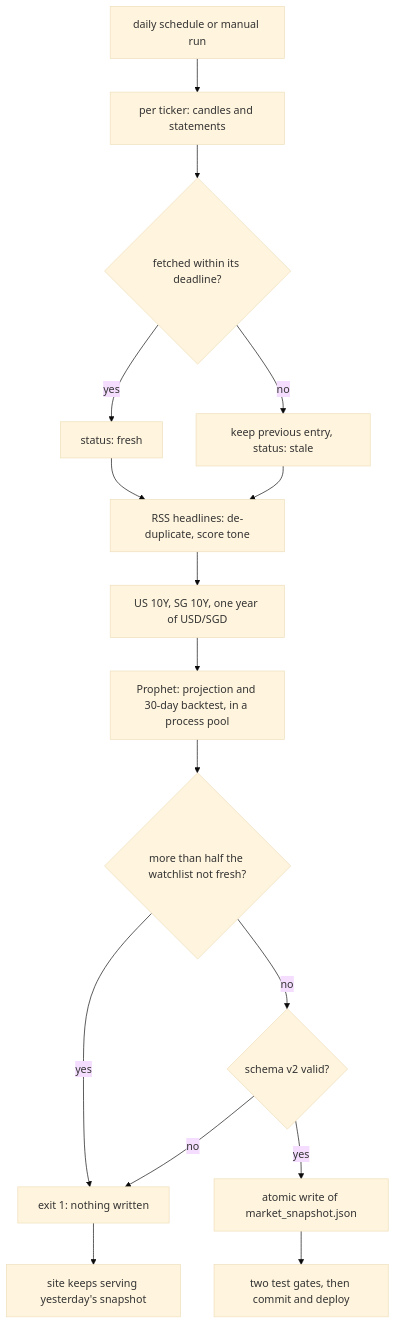
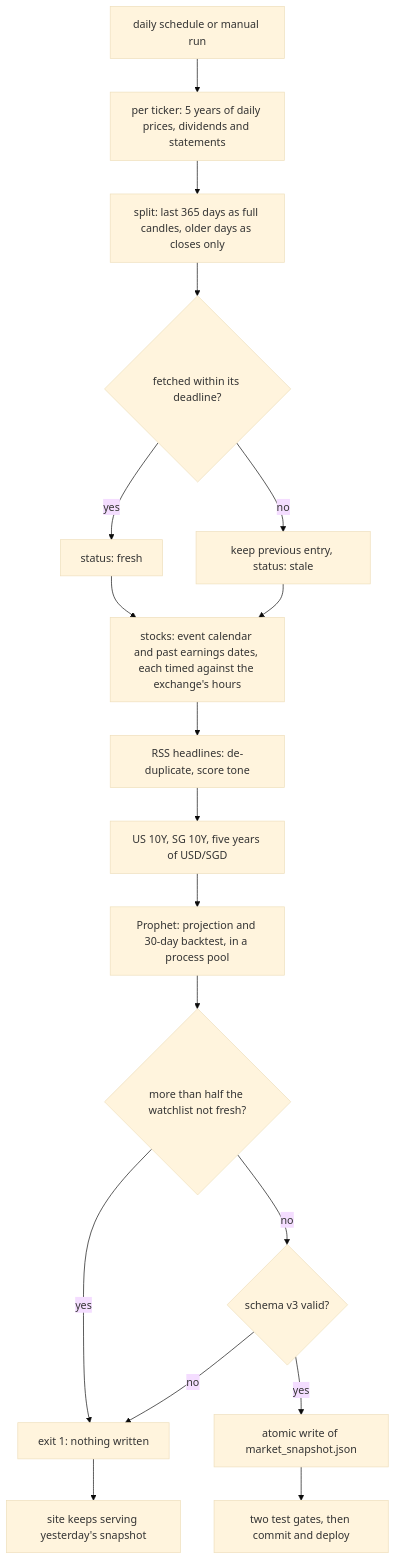
The third of 5 diagrams in README.md (myc208/quantlens), drawn with Mermaid (base theme) before and after one commit. The commit also changed other lines of this file and 4 other files, not shown here.

````diff
--- a/README.md
+++ b/README.md
@@ -331,18 +343,20 @@
 ```mermaid
 flowchart TD
-  CRON["daily schedule or manual run"] --> FETCH["per ticker: candles and statements"]
-  FETCH --> EACH{"fetched within its deadline?"}
+  CRON["daily schedule or manual run"] --> FETCH["per ticker: 5 years of daily prices, dividends and statements"]
+  FETCH --> SPLIT["split: last 365 days as full candles, older days as closes only"]
+  SPLIT --> EACH{"fetched within its deadline?"}
   EACH -->|"yes"| FRESH["status: fresh"]
   EACH -->|"no"| CARRY["keep previous entry, status: stale"]
-  FRESH --> NEWS["RSS headlines: de-duplicate, score tone"]
-  CARRY --> NEWS
-  NEWS --> MACRO["US 10Y, SG 10Y, one year of USD/SGD"]
+  FRESH --> EV["stocks: event calendar and past earnings dates, each timed against the exchange's hours"]
+  CARRY --> EV
+  EV --> NEWS["RSS headlines: de-duplicate, score tone"]
+  NEWS --> MACRO["US 10Y, SG 10Y, five years of USD/SGD"]
   MACRO --> FC["Prophet: projection and 30-day backtest, in a process pool"]
   FC --> HALF{"more than half the watchlist not fresh?"}
   HALF -->|"yes"| ABORT["exit 1: nothing written"]
-  HALF -->|"no"| VALID{"schema v2 valid?"}
+  HALF -->|"no"| VALID{"schema v3 valid?"}
   VALID -->|"no"| ABORT
   VALID -->|"yes"| WRITE["atomic write of market_snapshot.json"]
   WRITE --> G["two test gates, then commit and deploy"]
   ABORT --> KEEP["site keeps serving yesterday's snapshot"]
 ```
````
